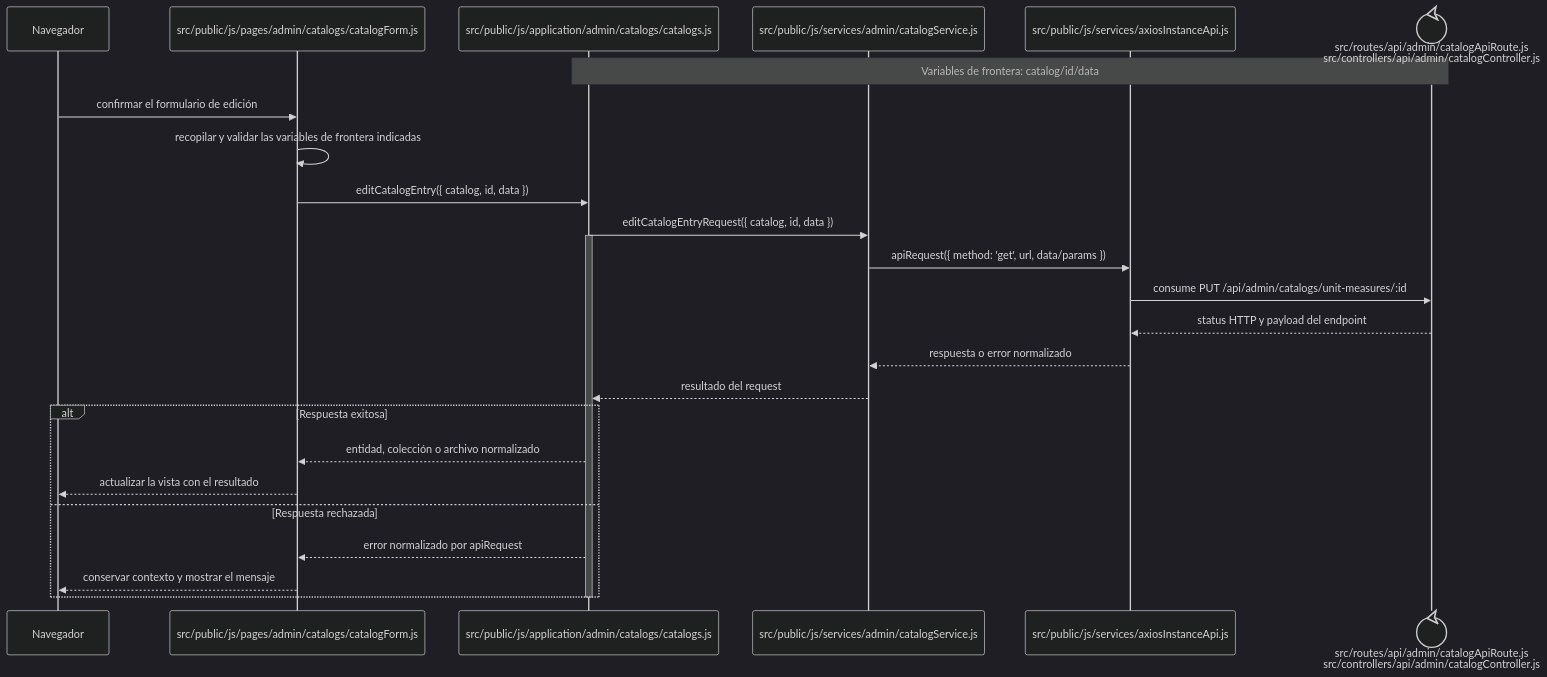
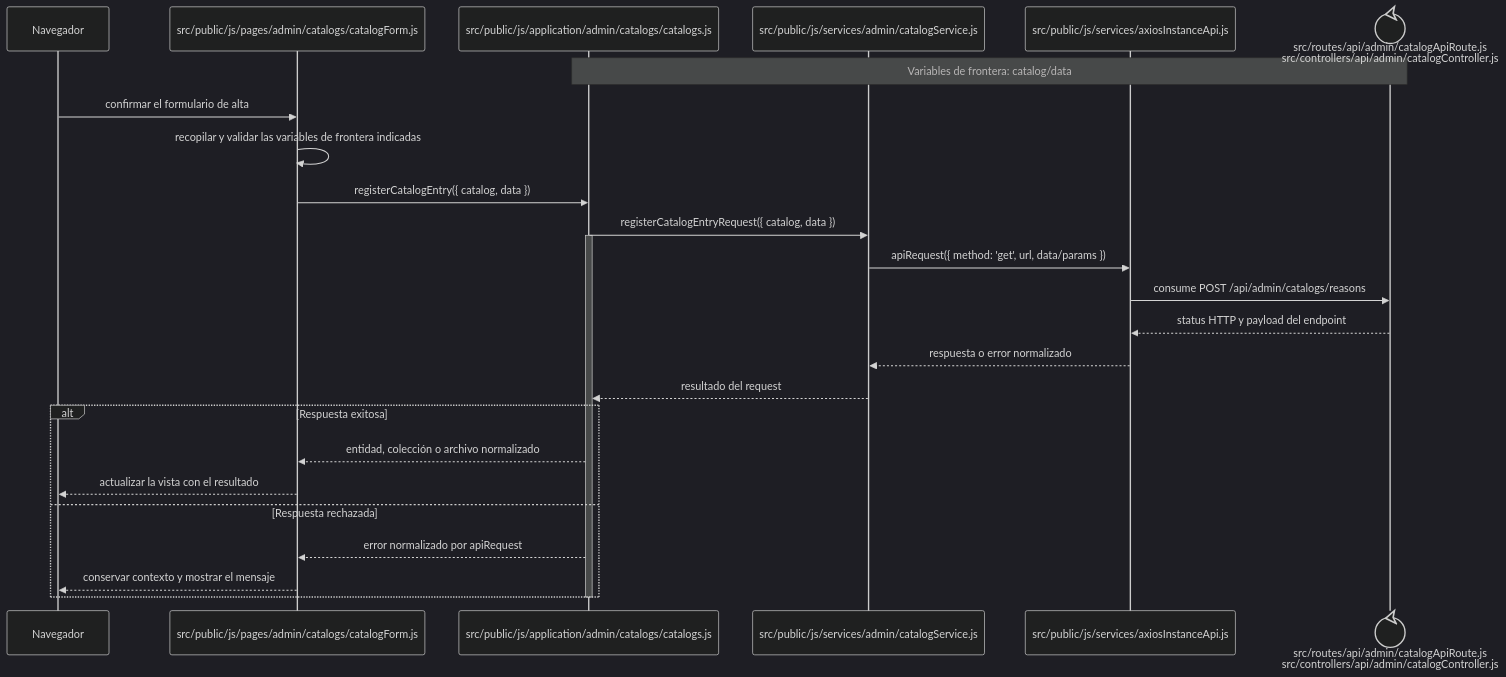
The diagram in docs/architecture/frontend-code-sequences/catalogs/cu-cat-38.md (gpgsistemas01/nexus), drawn with Mermaid (dark theme) before and after one commit. The commit also changed other lines of this file and 207 other files, not shown here.

````diff
--- a/docs/architecture/frontend-code-sequences/catalogs/cu-cat-38.md
+++ b/docs/architecture/frontend-code-sequences/catalogs/cu-cat-38.md
@@ -6,29 +6,29 @@
 ```mermaid
 sequenceDiagram
     participant Browser as Navegador
     participant View as src/public/js/pages/admin/catalogs/catalogForm.js
     participant Application as src/public/js/application/admin/catalogs/catalogs.js
     participant Request as src/public/js/services/admin/catalogService.js
     participant HTTP as src/public/js/services/axiosInstanceApi.js
     participant Transport@{ "type": "control" } as src/routes/api/admin/catalogApiRoute.js<br/>src/controllers/api/admin/catalogController.js
-    Note over Application,Transport: Variables de frontera: catalog/id/data
+    Note over Application,Transport: Variables de frontera: catalog/data
 
-    Browser->>View: confirmar el formulario de edición
+    Browser->>View: confirmar el formulario de alta
     View->>View: recopilar y validar las variables de frontera indicadas
-    View->>Application: editCatalogEntry({ catalog, id, data })
-    Application->>Request: editCatalogEntryRequest({ catalog, id, data })
+    View->>Application: registerCatalogEntry({ catalog, data })
+    Application->>Request: registerCatalogEntryRequest({ catalog, data })
     activate Application
     Request->>HTTP: apiRequest({ method: 'get', url, data/params })
-    HTTP->>Transport: consume PUT /api/admin/catalogs/unit-measures/:id
+    HTTP->>Transport: consume POST /api/admin/catalogs/reasons
     Transport-->>HTTP: status HTTP y payload del endpoint
     HTTP-->>Request: respuesta o error normalizado
     Request-->>Application: resultado del request
     alt Respuesta exitosa
         Application-->>View: entidad, colección o archivo normalizado
         View-->>Browser: actualizar la vista con el resultado
     else Respuesta rechazada
         Application-->>View: error normalizado por apiRequest
         View-->>Browser: conservar contexto y mostrar el mensaje
     end
     deactivate Application
 ```
````
